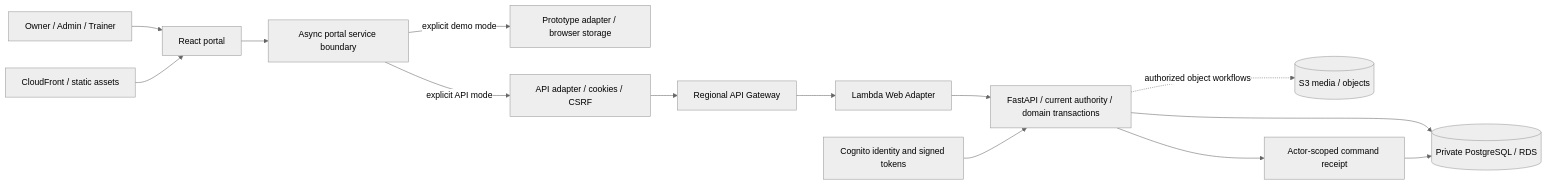
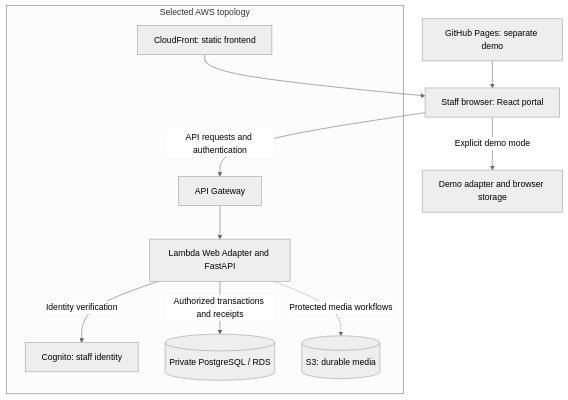
One commit to LimYouSheng/FitfinityReact changed the first of 2 diagrams in docs/Architecture/diagram.md. Above: the diagram before and after it, drawn with Mermaid (neutral theme). The commit also changed other lines of this file and 13 other files, not shown here.

````diff
--- a/docs/Architecture/diagram.md
+++ b/docs/Architecture/diagram.md
@@ -9,16 +5,22 @@
 ```mermaid
-flowchart LR
-  Staff[Owner / Admin / Trainer] --> UI[React portal]
-  Assets[CloudFront / static assets] --> UI
-  UI --> Services[Async portal service boundary]
-  Services -->|explicit demo mode| Demo[Prototype adapter / browser storage]
-  Services -->|explicit API mode| HTTP[API adapter / cookies / CSRF]
-  HTTP --> Gateway[Regional API Gateway]
-  Gateway --> Adapter[Lambda Web Adapter]
-  Adapter --> App[FastAPI / current authority / domain transactions]
-  Cognito[Cognito identity and signed tokens] --> App
-  App --> DB[(Private PostgreSQL / RDS)]
-  App -. authorized object workflows .-> Objects[(S3 media / objects)]
-  App --> Receipt[Actor-scoped command receipt]
-  Receipt --> DB
+flowchart TB
+  Staff["Staff browser: React portal"]
+  Pages["GitHub Pages: separate demo"]
+  Demo["Demo adapter and browser storage"]
+  subgraph AWS["Selected AWS topology"]
+    Assets["CloudFront: static frontend"]
+    Gateway["API Gateway"]
+    App["Lambda Web Adapter and FastAPI"]
+    Identity["Cognito: staff identity"]
+    DB[("Private PostgreSQL / RDS")]
+    Media[("S3: durable media")]
+  end
+  Assets --> Staff
+  Pages --> Staff
+  Staff -->|"Explicit demo mode"| Demo
+  Staff -->|"API requests and authentication"| Gateway
+  Gateway --> App
+  App -->|"Identity verification"| Identity
+  App -->|"Authorized transactions and receipts"| DB
+  App -.->|"Protected media workflows"| Media
 ```
````
